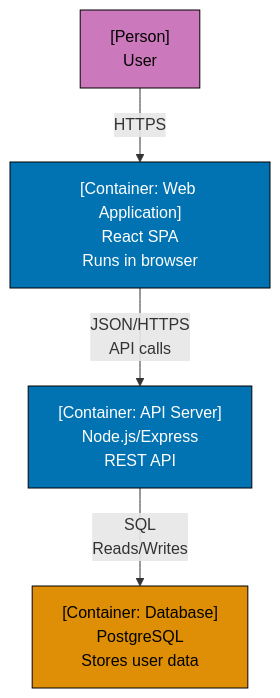
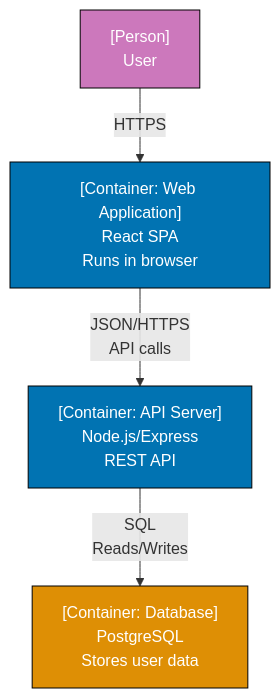
Before and after one commit to wahidyankf/open-sharia-enterprise: diagram 13 of 30 in apps/ayokoding-web/content/en/learn/software-engineering/architecture/c4-architecture-model/by-example/beginner.md, drawn with Mermaid. The commit also changed other lines of this file and 61 other files, not shown here.

First line of the commit message:
fix(ayokoding-web): quote Mermaid node labels with special characters in Example 63

````diff
--- a/apps/ayokoding-web/content/en/learn/software-engineering/architecture/c4-architecture-model/by-example/beginner.md
+++ b/apps/ayokoding-web/content/en/learn/software-engineering/architecture/c4-architecture-model/by-example/beginner.md
@@ -470,17 +470,17 @@
 ```mermaid
 graph TD
     User["[Person]<br/>User"]
 
     WebApp["[Container: Web Application]<br/>React SPA<br/>Runs in browser"]
     APIServer["[Container: API Server]<br/>Node.js/Express<br/>REST API"]
     Database["[Container: Database]<br/>PostgreSQL<br/>Stores user data"]
 
     User -->|"HTTPS"| WebApp
     WebApp -->|"JSON/HTTPS<br/>API calls"| APIServer
     APIServer -->|"SQL<br/>Reads/Writes"| Database
 
-    style User fill:#CC78BC,stroke:#000,color:#000
+    style User fill:#CC78BC,stroke:#000,color:#fff
     style WebApp fill:#0173B2,stroke:#000,color:#fff
     style APIServer fill:#0173B2,stroke:#000,color:#fff
-    style Database fill:#DE8F05,stroke:#000,color:#000
+    style Database fill:#DE8F05,stroke:#000,color:#fff
 ```
````
